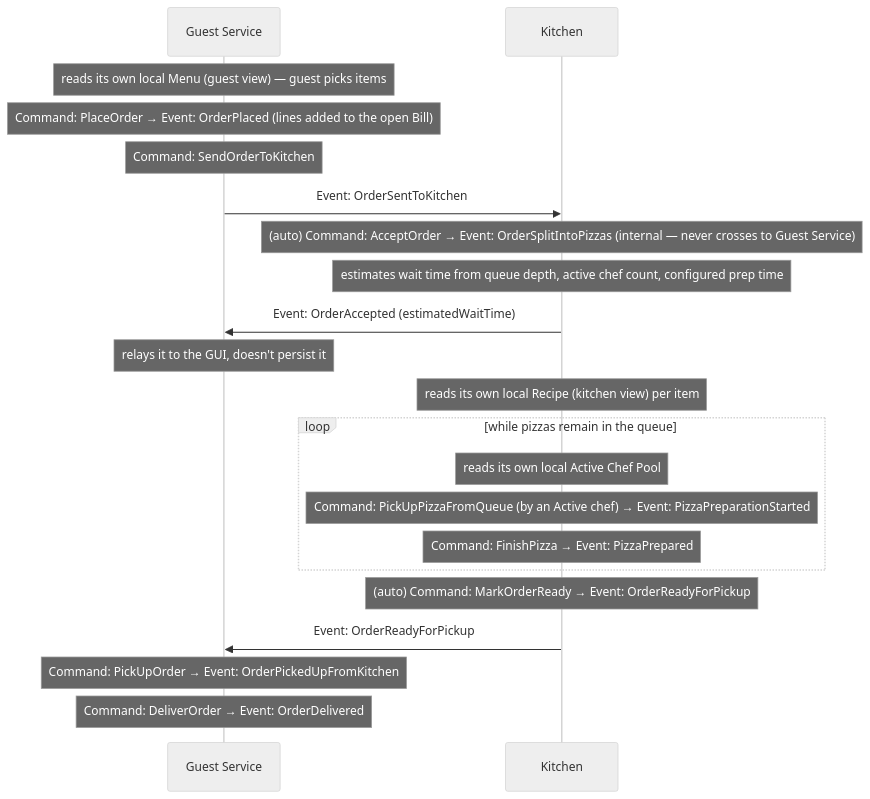
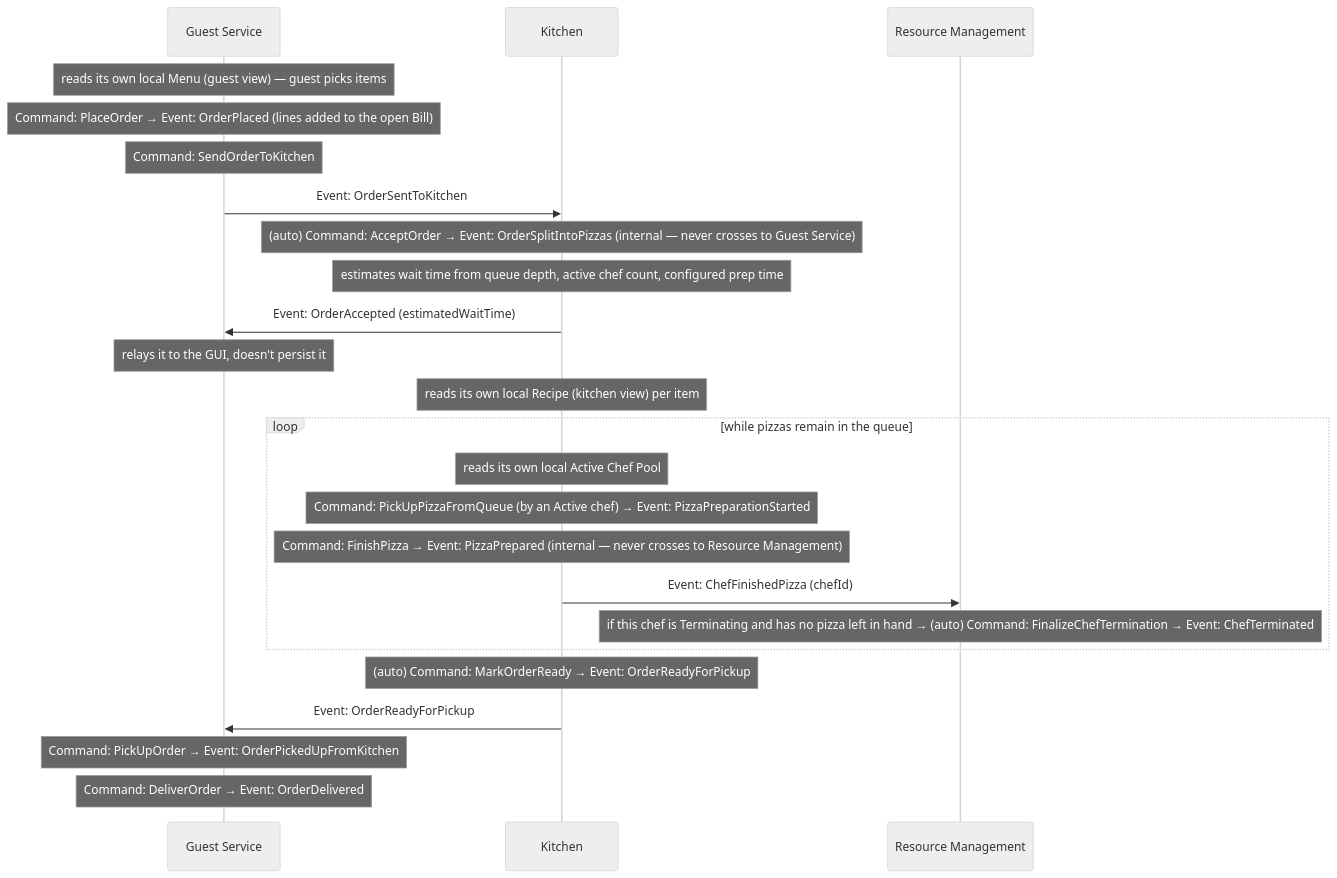
Before and after one commit to mmalessa/pizzeria: the second of 6 diagrams in doc/05_connect_message_flows.md, drawn with Mermaid (neutral theme). The commit also changed other lines of this file and 17 other files, not shown here.

Commit message:
Add Code - Resource Management tactical design and add ChefFinishedPizza for termination completion

````diff
--- a/doc/05_connect_message_flows.md
+++ b/doc/05_connect_message_flows.md
@@ -80,24 +80,27 @@
 ```mermaid
 sequenceDiagram
     participant GS as Guest Service
     participant K as Kitchen
+    participant RM as Resource Management
 
     Note over GS: reads its own local Menu (guest view) — guest picks items
     Note over GS: Command: PlaceOrder → Event: OrderPlaced (lines added to the open Bill)
     Note over GS: Command: SendOrderToKitchen
     GS->>K: Event: OrderSentToKitchen
     Note over K: (auto) Command: AcceptOrder → Event: OrderSplitIntoPizzas (internal — never crosses to Guest Service)
     Note over K: estimates wait time from queue depth, active chef count, configured prep time
     K->>GS: Event: OrderAccepted (estimatedWaitTime)
     Note over GS: relays it to the GUI, doesn't persist it
     Note over K: reads its own local Recipe (kitchen view) per item
     loop while pizzas remain in the queue
         Note over K: reads its own local Active Chef Pool
         Note over K: Command: PickUpPizzaFromQueue (by an Active chef) → Event: PizzaPreparationStarted
-        Note over K: Command: FinishPizza → Event: PizzaPrepared
+        Note over K: Command: FinishPizza → Event: PizzaPrepared (internal — never crosses to Resource Management)
+        K->>RM: Event: ChefFinishedPizza (chefId)
+        Note over RM: if this chef is Terminating and has no pizza left in hand → (auto) Command: FinalizeChefTermination → Event: ChefTerminated
     end
     Note over K: (auto) Command: MarkOrderReady → Event: OrderReadyForPickup
     K->>GS: Event: OrderReadyForPickup
     Note over GS: Command: PickUpOrder → Event: OrderPickedUpFromKitchen
     Note over GS: Command: DeliverOrder → Event: OrderDelivered
 ```
````
